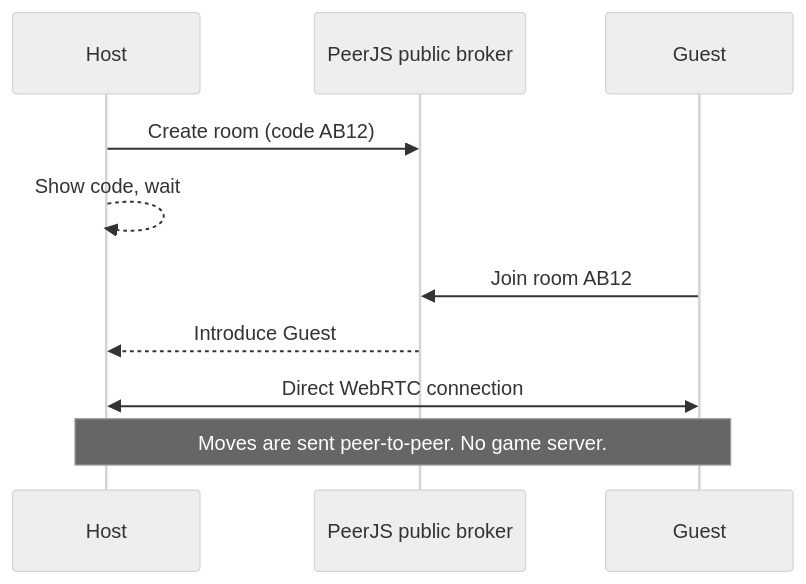
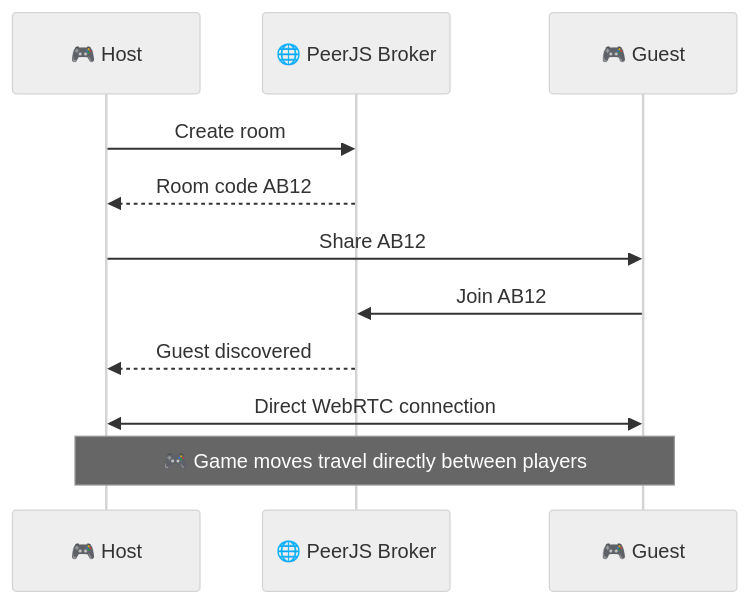
Before and after one commit to ParthGadge2025/GameHub.io: the diagram in README (1).md, drawn with Mermaid (neutral theme). The commit also changed other lines of this file, not shown here.

First line of the commit message:
Revise README for GameHub.io with detailed features

````diff
--- a/README (1).md
+++ b/README (1).md
@@ -78,12 +429,18 @@
 ```mermaid
 sequenceDiagram
-    participant H as Host
-    participant B as PeerJS public broker
-    participant G as Guest
-    H->>B: Create room (code AB12)
-    H-->>H: Show code, wait
-    G->>B: Join room AB12
-    B-->>H: Introduce Guest
+    participant H as 🎮 Host
+    participant P as 🌐 PeerJS Broker
+    participant G as 🎮 Guest
+
+    H->>P: Create room
+    P-->>H: Room code AB12
+
+    H->>G: Share AB12
+
+    G->>P: Join AB12
+    P-->>H: Guest discovered
+
     H<<->>G: Direct WebRTC connection
-    Note over H,G: Moves are sent peer-to-peer. No game server.
+
+    Note over H,G: 🎮 Game moves travel directly between players
 ```
````
